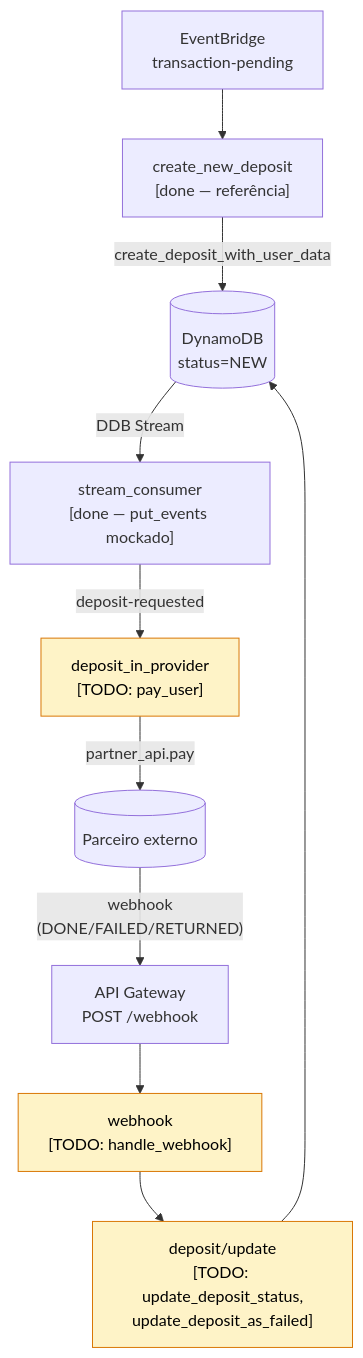
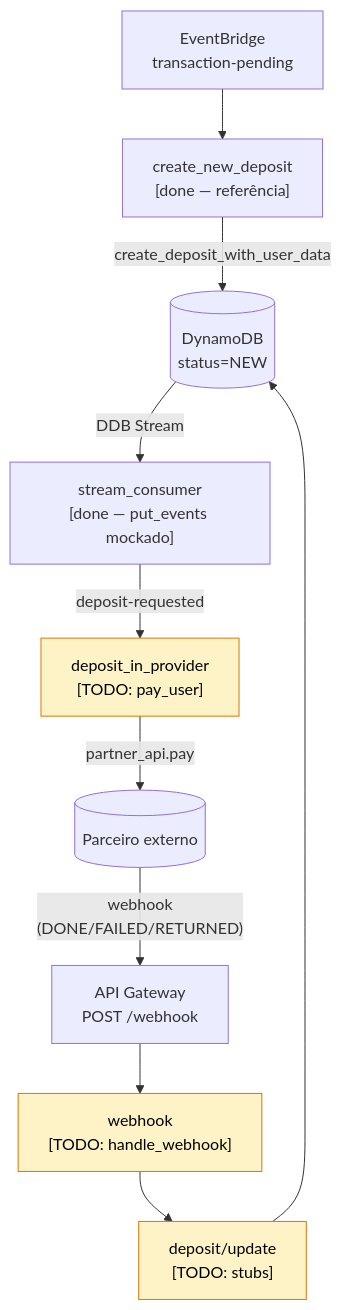
Before and after one commit to FacioCode/interview-mock-deposits: the diagram in DESAFIO.md, drawn with Mermaid.

Commit message:
docs(interview): simplify deposit/update TODO label in flow diagram
Long label with comma was tripping GitHub's mermaid renderer. The
full function names are already in the state table above the diagram,
so collapsing to "[TODO: stubs]" keeps the signal without the noise.

````diff
--- a/DESAFIO.md
+++ b/DESAFIO.md
@@ -40,15 +40,15 @@
 ```mermaid
 flowchart TD
     src["EventBridge<br/>transaction-pending"] --> cnd["create_new_deposit<br/>[done — referência]"]
     cnd -->|"create_deposit_with_user_data"| ddb[("DynamoDB<br/>status=NEW")]
     ddb -->|"DDB Stream"| sc["stream_consumer<br/>[done — put_events mockado]"]
     sc -->|"deposit-requested"| dip["deposit_in_provider<br/>[TODO: pay_user]"]
     dip -->|"partner_api.pay"| ext[(Parceiro externo)]
     ext -->|"webhook<br/>(DONE/FAILED/RETURNED)"| apigw["API Gateway<br/>POST /webhook"]
     apigw --> wh["webhook<br/>[TODO: handle_webhook]"]
-    wh --> upd["deposit/update<br/>[TODO: update_deposit_status,<br/>update_deposit_as_failed]"]
+    wh --> upd["deposit/update<br/>[TODO: stubs]"]
     upd --> ddb
 
     classDef todo fill:#fef3c7,stroke:#d97706,color:#000
     class dip,wh,upd todo
 ```
````
